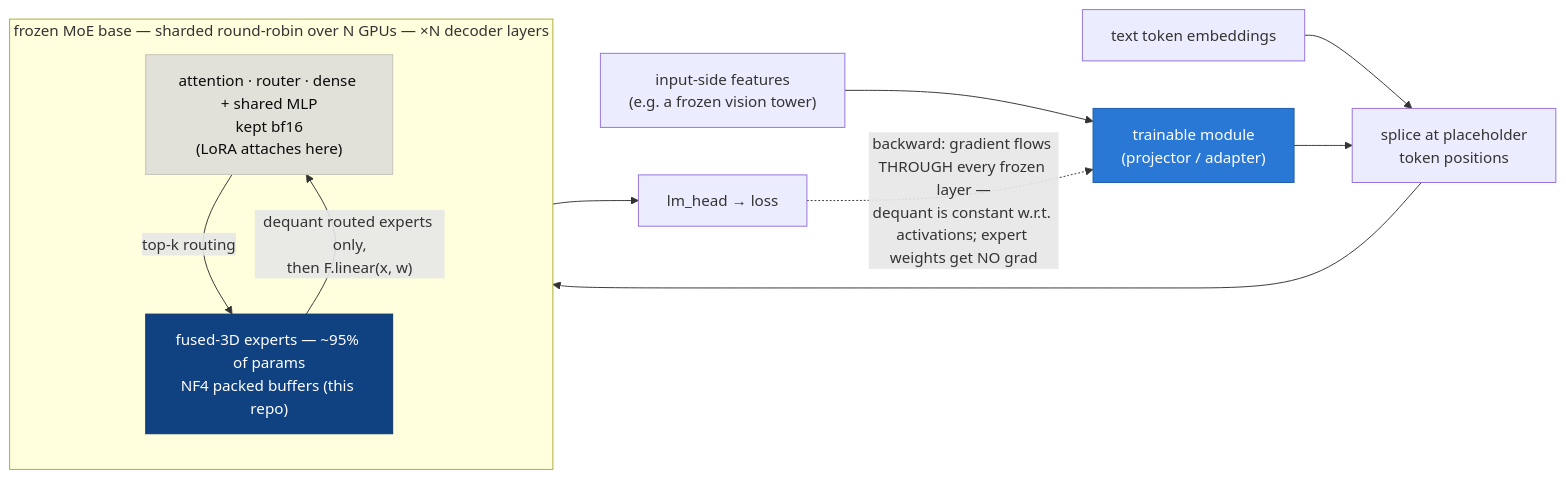
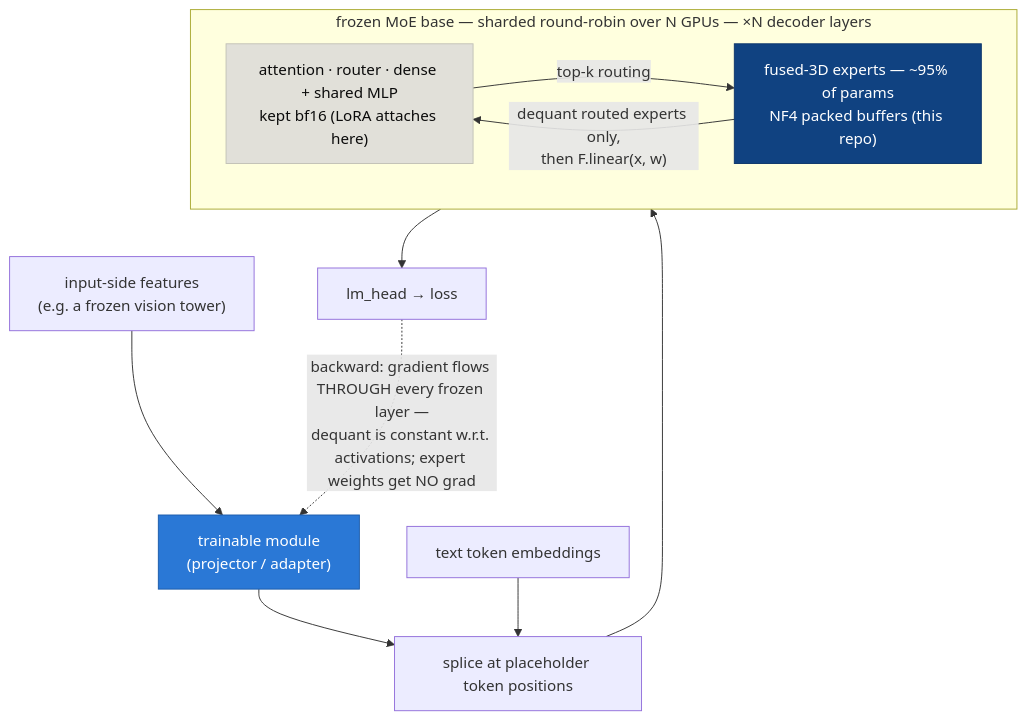
Before and after one commit to genonai/nf4moe: the diagram in README.md, drawn with Mermaid.

Commit message:
README: top-down layout for the training-structure diagram (forward reads top->bottom)

````diff
--- a/README.md
+++ b/README.md
@@ -29,23 +29,23 @@
 ```mermaid
-flowchart LR
+flowchart TB
     VIS["input-side features<br/>(e.g. a frozen vision tower)"] --> PROJ["trainable module<br/>(projector / adapter)"]
-    TXT["text token embeddings"] --> SPL["splice at placeholder<br/>token positions"]
-    PROJ --> SPL
-    SPL --> BASE
+    PROJ --> SPL["splice at placeholder token positions"]
+    TXT["text token embeddings"] --> SPL
+    SPL --> NE
     subgraph BASE["frozen MoE base — sharded round-robin over N GPUs — ×N decoder layers"]
-        direction TB
-        NE["attention · router · dense + shared MLP<br/>kept bf16<br/>(LoRA attaches here)"]
+        direction LR
+        NE["attention · router · dense + shared MLP<br/>kept bf16 (LoRA attaches here)"]
         EX["fused-3D experts — ~95% of params<br/>NF4 packed buffers (this repo)"]
         NE -- "top-k routing" --> EX
         EX -- "dequant routed experts only,<br/>then F.linear(x, w)" --> NE
     end
-    BASE --> HEAD["lm_head → loss"]
+    NE --> HEAD["lm_head → loss"]
     HEAD -. "backward: gradient flows THROUGH every frozen layer —<br/>dequant is constant w.r.t. activations; expert weights get NO grad" .-> PROJ
 
     classDef trained fill:#2a78d6,stroke:#1c5cab,color:#ffffff
     classDef frozenbf fill:#e1e0d9,stroke:#c3c2b7,color:#0b0b0b
     classDef frozennf4 fill:#104281,stroke:#0d366b,color:#ffffff
     class PROJ trained
     class NE frozenbf
     class EX frozennf4
 ```
````
